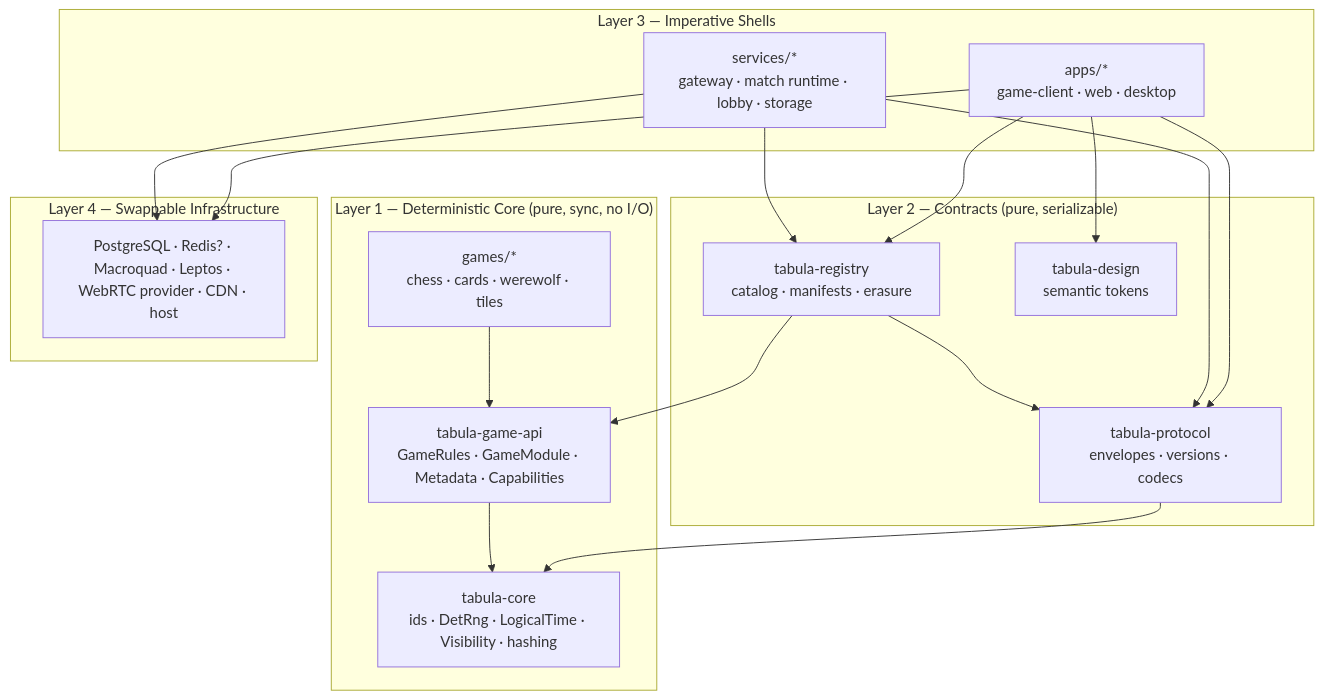
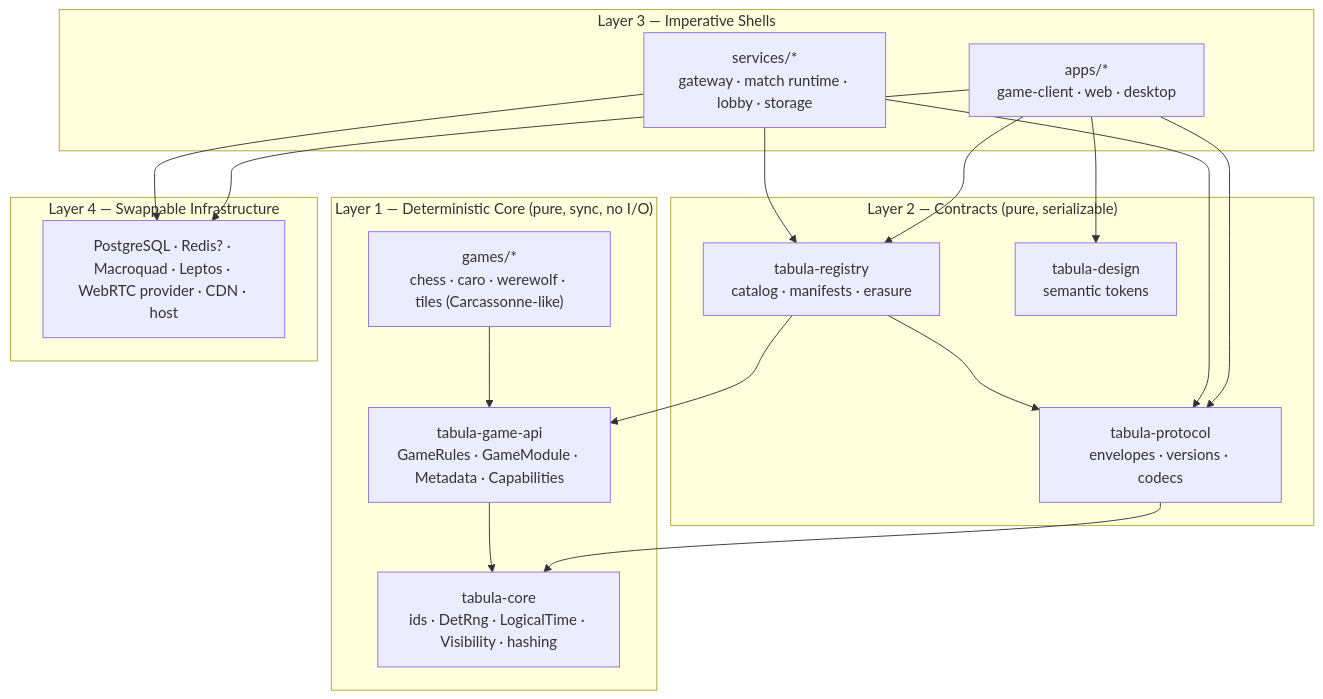
One commit to loveoverflowcom/tabula changed the first of 7 diagrams in docs/architecture/00-architecture-principles.md. Above: the diagram before and after it, drawn with Mermaid. The commit also changed other lines of this file and 22 other files, not shown here.

````diff
--- a/docs/architecture/00-architecture-principles.md
+++ b/docs/architecture/00-architecture-principles.md
@@ -62,32 +62,32 @@
 ```mermaid
 flowchart TB
     subgraph L1["Layer 1 — Deterministic Core (pure, sync, no I/O)"]
         CORE["tabula-core<br/>ids · DetRng · LogicalTime · Visibility · hashing"]
         GAPI["tabula-game-api<br/>GameRules · GameModule · Metadata · Capabilities"]
-        GAMES["games/*<br/>chess · cards · werewolf · tiles"]
+        GAMES["games/*<br/>chess · caro · werewolf · tiles (Carcassonne-like)"]
     end
     subgraph L2["Layer 2 — Contracts (pure, serializable)"]
         PROTO["tabula-protocol<br/>envelopes · versions · codecs"]
         REG["tabula-registry<br/>catalog · manifests · erasure"]
         DESIGN["tabula-design<br/>semantic tokens"]
     end
     subgraph L3["Layer 3 — Imperative Shells"]
         SERVER["services/*<br/>gateway · match runtime · lobby · storage"]
         CLIENT["apps/*<br/>game-client · web · desktop"]
     end
     subgraph L4["Layer 4 — Swappable Infrastructure"]
         INFRA["PostgreSQL · Redis? · Macroquad · Leptos · WebRTC provider · CDN · host"]
     end
 
     GAMES --> GAPI --> CORE
     PROTO --> CORE
     REG --> GAPI
     REG --> PROTO
     SERVER --> REG
     SERVER --> PROTO
     CLIENT --> REG
     CLIENT --> PROTO
     CLIENT --> DESIGN
     SERVER --> INFRA
     CLIENT --> INFRA
 ```
````
